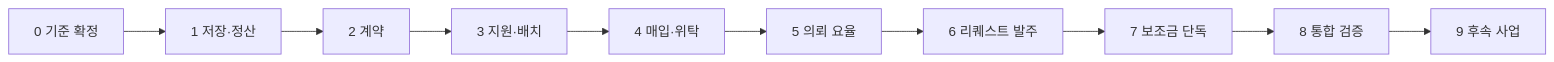
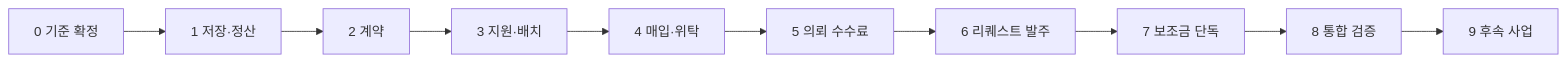
Before and after one commit to applesoda01/Project_F: the diagram in docs/book-v2/src/development/README.md, drawn with Mermaid. The commit also changed other lines of this file and 115 other files, not shown here.

````diff
--- a/docs/book-v2/src/development/README.md
+++ b/docs/book-v2/src/development/README.md
@@ -18,12 +18,12 @@
 ```mermaid
 flowchart LR
  A[0 기준 확정] --> B[1 저장·정산]
  B --> C[2 계약]
  C --> D[3 지원·배치]
  D --> E[4 매입·위탁]
- E --> F[5 의뢰 요율]
+ E --> F[5 의뢰 수수료]
  F --> G[6 리퀘스트 발주]
  G --> H[7 보조금 단독]
  H --> I[8 통합 검증]
  I --> J[9 후속 사업]
 ```
````
